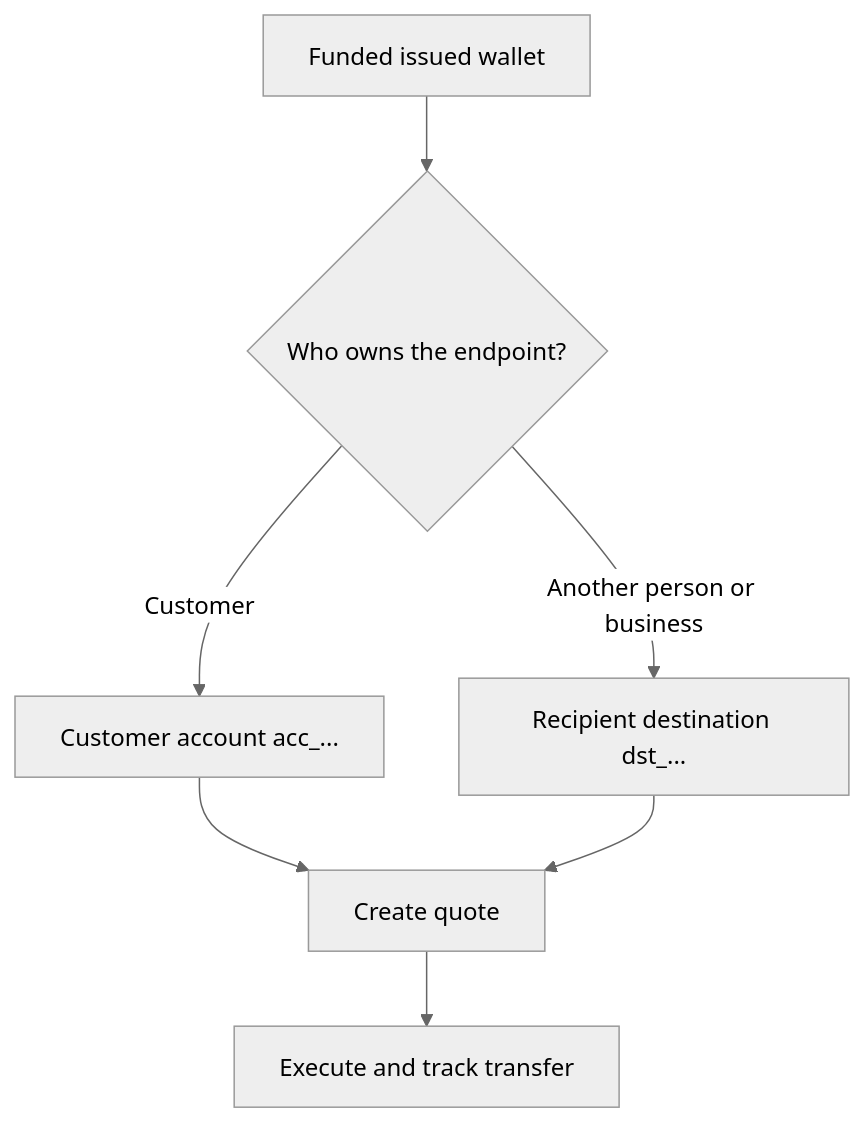
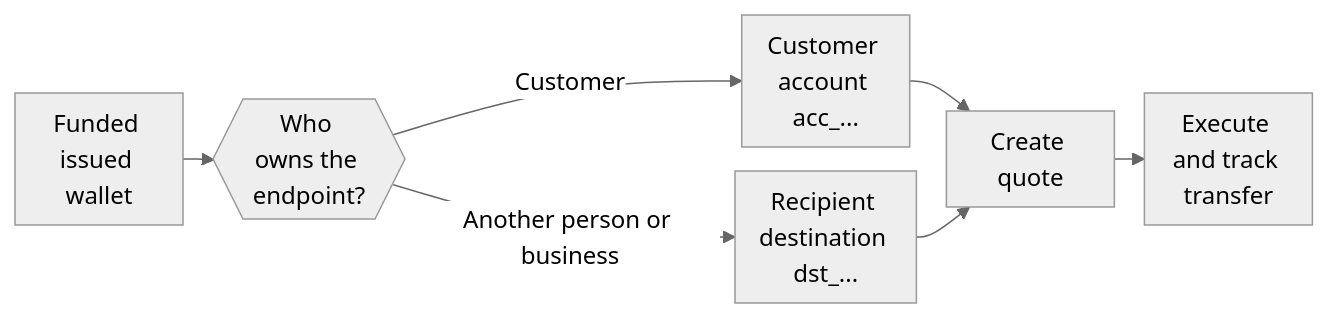
One commit to swipelux/public-docs changed the diagram in ca/integration/send-funds.mdx. Above: the diagram before and after it, drawn with Mermaid (neutral theme). The commit also changed 199 other files, not shown here.

````diff
--- a/ca/integration/send-funds.mdx
+++ b/ca/integration/send-funds.mdx
@@ -8,9 +8,10 @@
 ```mermaid
-flowchart TD
-  A["Funded issued wallet"] --> B{"Who owns the endpoint?"}
+%%{init: {"flowchart": {"rankSpacing": 20, "nodeSpacing": 16, "wrappingWidth": 80, "padding": 8}}}%%
+flowchart LR
+  A["Funded issued wallet"] --> B{{"Who owns the endpoint?"}}
   B -->|"Customer"| C["Customer account acc_..."]
   B -->|"Another person or business"| D["Recipient destination dst_..."]
   C --> E["Create quote"]
   D --> E
   E --> F["Execute and track transfer"]
 ```
````
